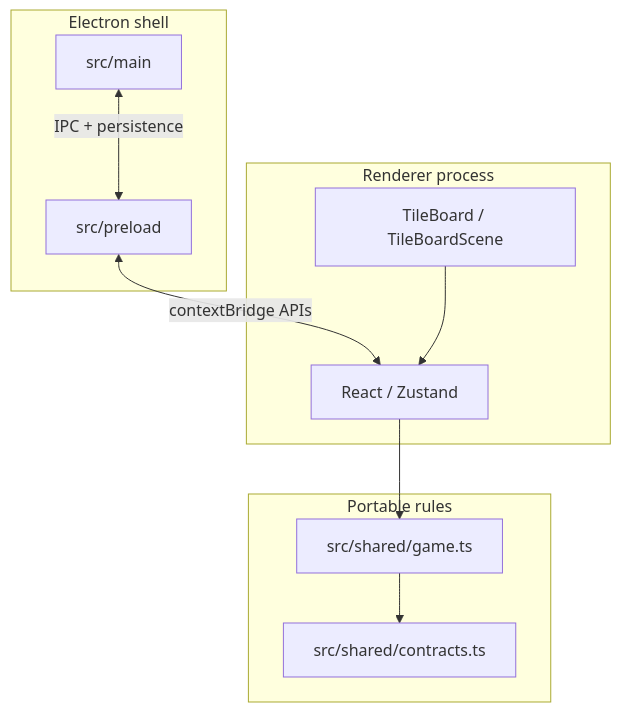
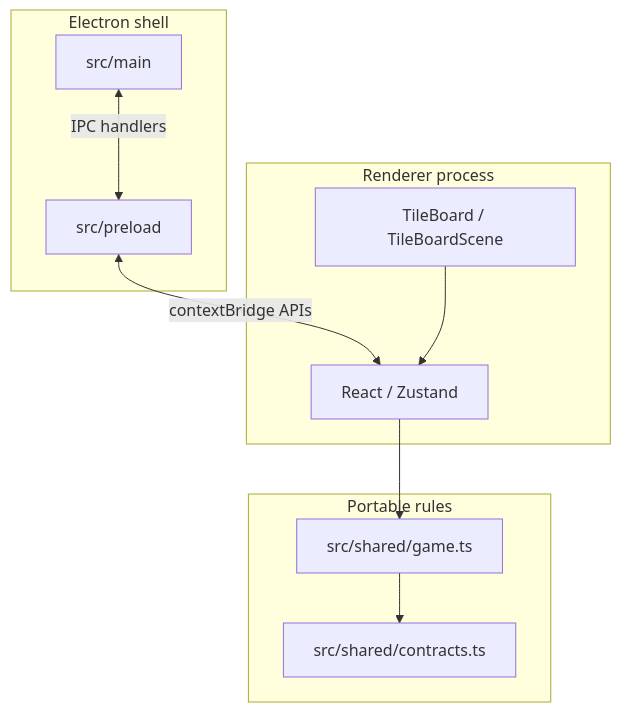
The diagram in docs/internal-wiki/ARCHITECTURE.md (BorisThoris/my-first-react-native-game), drawn with Mermaid before and after one commit. The commit also changed other lines of this file and 48 other files, not shown here.

````diff
--- a/docs/internal-wiki/ARCHITECTURE.md
+++ b/docs/internal-wiki/ARCHITECTURE.md
@@ -7,20 +7,20 @@
 ```mermaid
 flowchart TB
   subgraph shell [Electron shell]
     M[src/main]
     P[src/preload]
   end
   subgraph ui [Renderer process]
     R[React / Zustand]
     TB[TileBoard / TileBoardScene]
   end
   subgraph rules [Portable rules]
     G[src/shared/game.ts]
     C[src/shared/contracts.ts]
   end
-  M <-- IPC + persistence --> P
+  M <-- IPC handlers --> P
   P <-- contextBridge APIs --> R
   R --> G
   TB --> R
   G --> C
 ```
````
